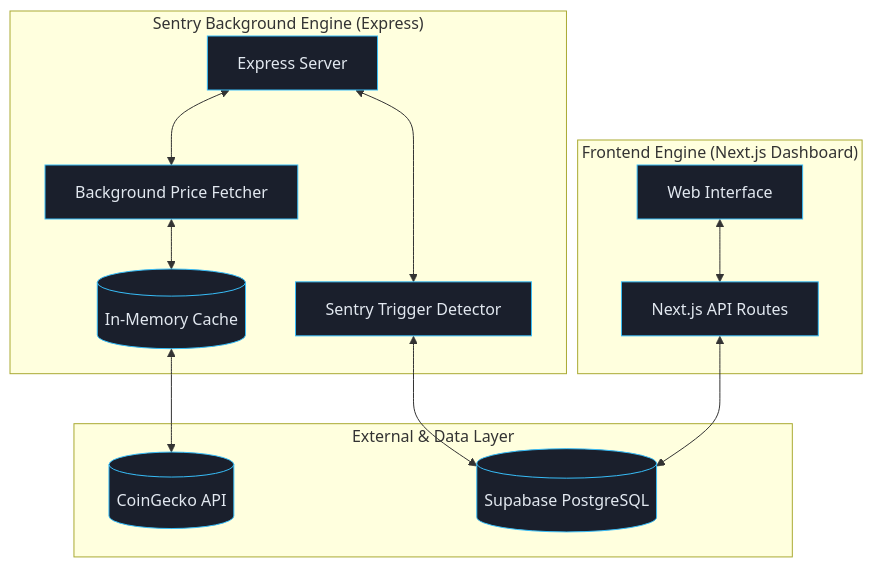
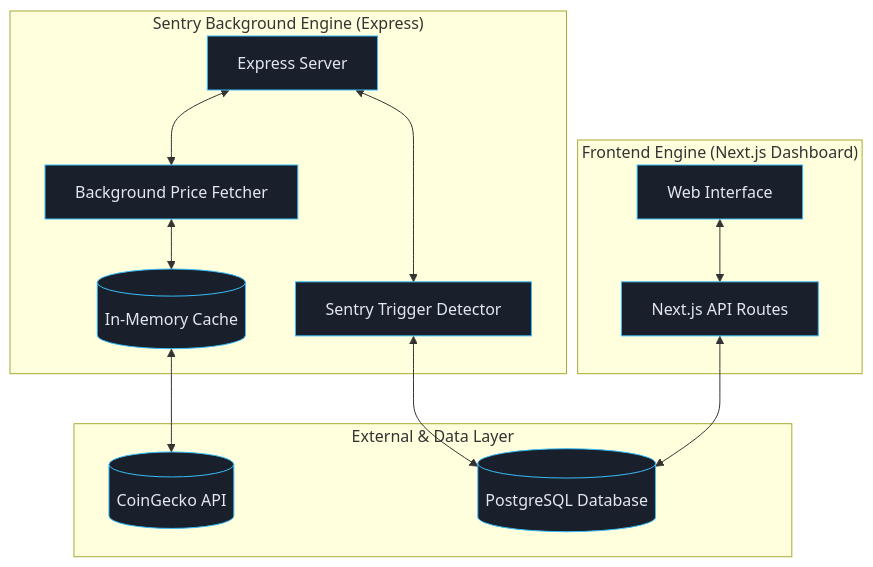
The diagram in README.md (ammu01-sys/Crypto-Sentry), drawn with Mermaid before and after one commit. The commit also changed other lines of this file and 33 other files, not shown here.

````diff
--- a/README.md
+++ b/README.md
@@ -21,20 +21,20 @@
 ```mermaid
 graph TD
     subgraph "Frontend Engine (Next.js Dashboard)"
         UI[Web Interface] <--> API[Next.js API Routes]
     end
 
     subgraph "Sentry Background Engine (Express)"
         E[Express Server] <--> Fetcher[Background Price Fetcher]
         Fetcher <--> Cache[(In-Memory Cache)]
         E <--> Detector[Sentry Trigger Detector]
     end
 
     subgraph "External & Data Layer"
         Cache <--> CG[(CoinGecko API)]
-        Detector <--> DB[(Supabase PostgreSQL)]
+        Detector <--> DB[(PostgreSQL Database)]
         API <--> DB
     end
 
     classDef default fill:#1A1F2C,stroke:#38BDF8,stroke-width:1px,color:#E2E8F0;
 ```
````
